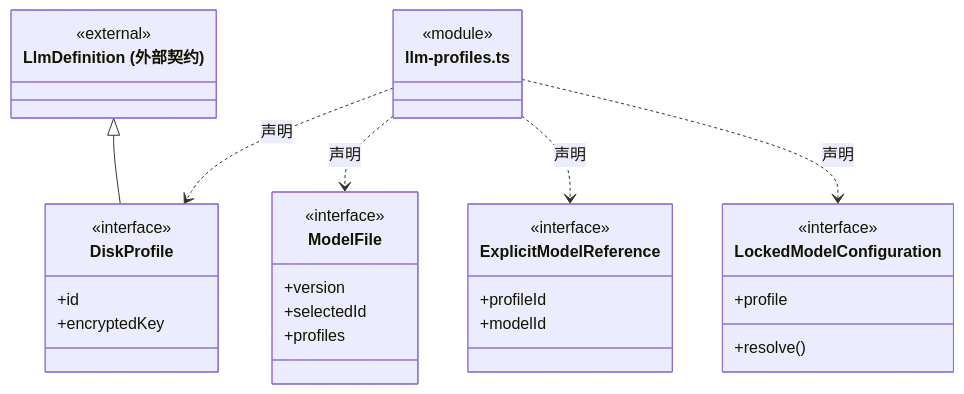
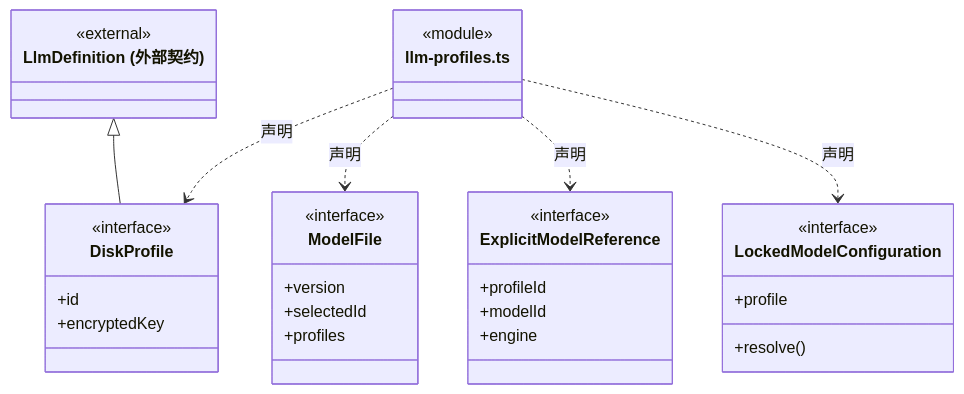
Before and after one commit to nan023062/cbim: the third of 7 diagrams in src/backend/main/persistence/settings/ARCHITECTURE.md, drawn with Mermaid. The commit also changed other lines of this file and 81 other files, not shown here.

````diff
--- a/src/backend/main/persistence/settings/ARCHITECTURE.md
+++ b/src/backend/main/persistence/settings/ARCHITECTURE.md
@@ -78,35 +79,36 @@
 ```mermaid
 classDiagram
 class N_src_backend_main_persistence_settings_llm_profiles_ts["llm-profiles.ts"] {
   <<module>>
 }
 class N_src_backend_main_persistence_settings_llm_profiles_ts_DiskProfile["DiskProfile"] {
   <<interface>>
   +id
   +encryptedKey
 }
 N_src_backend_main_persistence_settings_llm_profiles_ts ..> N_src_backend_main_persistence_settings_llm_profiles_ts_DiskProfile : 声明
 class N_src_backend_main_persistence_settings_llm_profiles_ts_external_LlmDefinition["LlmDefinition (外部契约)"] {
   <<external>>
 }
 N_src_backend_main_persistence_settings_llm_profiles_ts_external_LlmDefinition <|-- N_src_backend_main_persistence_settings_llm_profiles_ts_DiskProfile
 class N_src_backend_main_persistence_settings_llm_profiles_ts_ModelFile["ModelFile"] {
   <<interface>>
   +version
   +selectedId
   +profiles
 }
 N_src_backend_main_persistence_settings_llm_profiles_ts ..> N_src_backend_main_persistence_settings_llm_profiles_ts_ModelFile : 声明
 class N_src_backend_main_persistence_settings_llm_profiles_ts_ExplicitModelReference["ExplicitModelReference"] {
   <<interface>>
   +profileId
   +modelId
+  +engine
 }
 N_src_backend_main_persistence_settings_llm_profiles_ts ..> N_src_backend_main_persistence_settings_llm_profiles_ts_ExplicitModelReference : 声明
 class N_src_backend_main_persistence_settings_llm_profiles_ts_LockedModelConfiguration["LockedModelConfiguration"] {
   <<interface>>
   +profile
   +resolve()
 }
 N_src_backend_main_persistence_settings_llm_profiles_ts ..> N_src_backend_main_persistence_settings_llm_profiles_ts_LockedModelConfiguration : 声明
 ```
````
